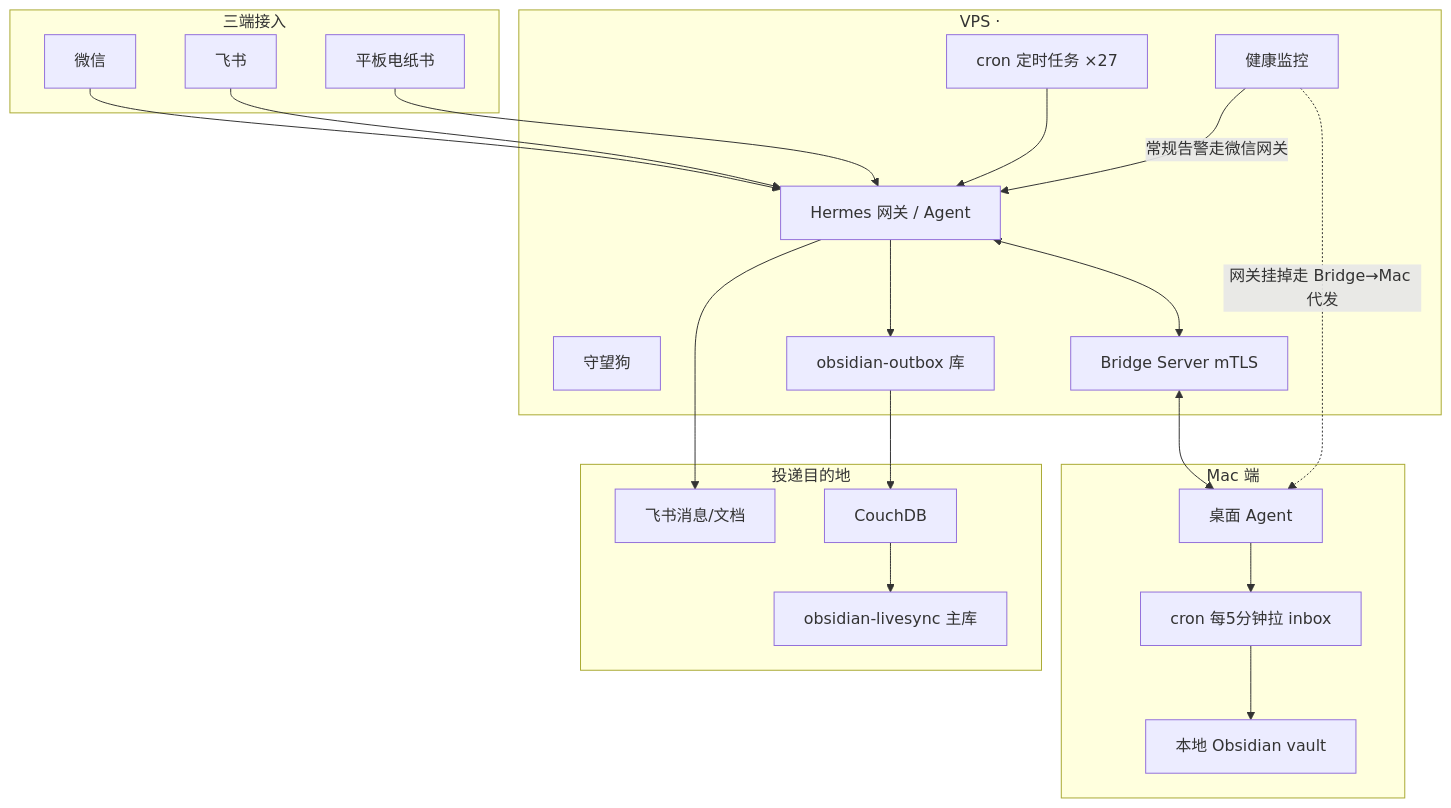
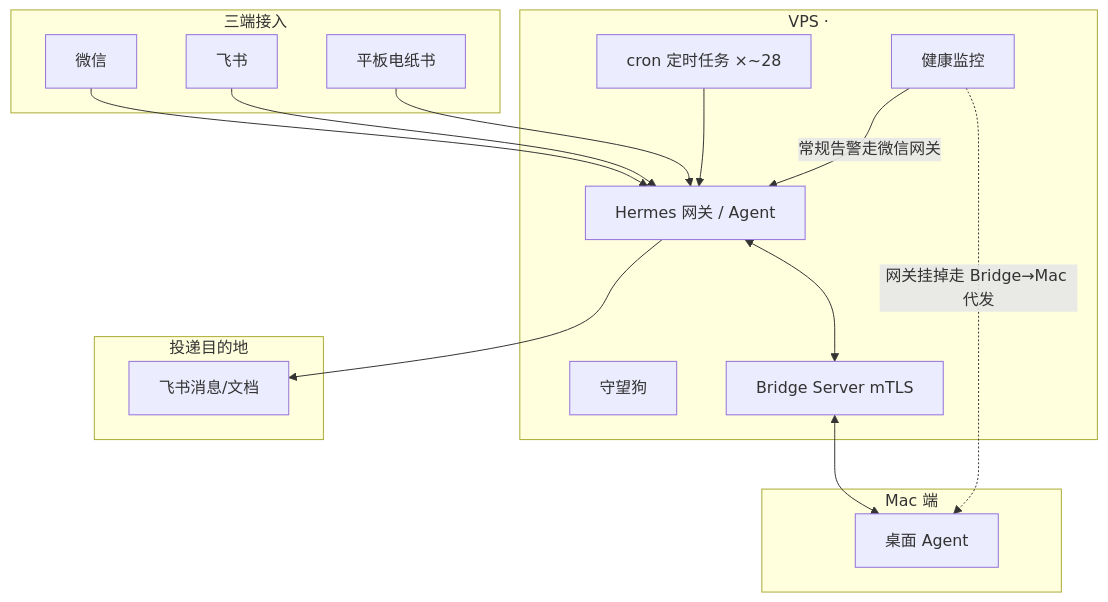
Before and after one commit to wangq32801-dev/assistant-os: the diagram in docs/architecture.md, drawn with Mermaid. The commit also changed other lines of this file and 2 other files, not shown here.

Commit message:
docs: 对齐现状——cron 数改为量级(约28在跑/约50注册)、架构图移除已退役的 outbox/CouchDB/Obsidian 链路、AI 日报落点改飞书、模型分流一节按现行路由重写(定时任务钉低价档, 交互通道钉强档)

````diff
--- a/docs/architecture.md
+++ b/docs/architecture.md
@@ -7,37 +7,30 @@
 ```mermaid
 flowchart TB
     subgraph clients[三端接入]
         WX[微信]
         FS[飞书]
         PAD[平板电纸书]
     end
     subgraph vps[VPS · <YOUR_SERVER_IP>]
         GW[Hermes 网关 / Agent]
-        CRON[cron 定时任务 ×27]
+        CRON[cron 定时任务 ×~28]
         MON[健康监控]
         DOG[守望狗]
         BR[Bridge Server mTLS]
-        OUTBOX[obsidian-outbox 库]
     end
     subgraph mac[Mac 端]
         MACA[桌面 Agent]
-        PULL[cron 每5分钟拉 inbox]
-        VAULT[本地 Obsidian vault]
     end
     subgraph sinks[投递目的地]
         FSAPI[飞书消息/文档]
-        COUCH[CouchDB]
-        MAIN[obsidian-livesync 主库]
     end
 
     WX --> GW
     FS --> GW
     PAD --> GW
     CRON --> GW
     GW --> FSAPI
-    GW --> OUTBOX --> COUCH --> MAIN
     GW <--> BR <--> MACA
-    MACA --> PULL --> VAULT
     MON -->|常规告警走微信网关| GW
     MON -.->|网关挂掉走 Bridge→Mac 代发| MACA
 ```
````
